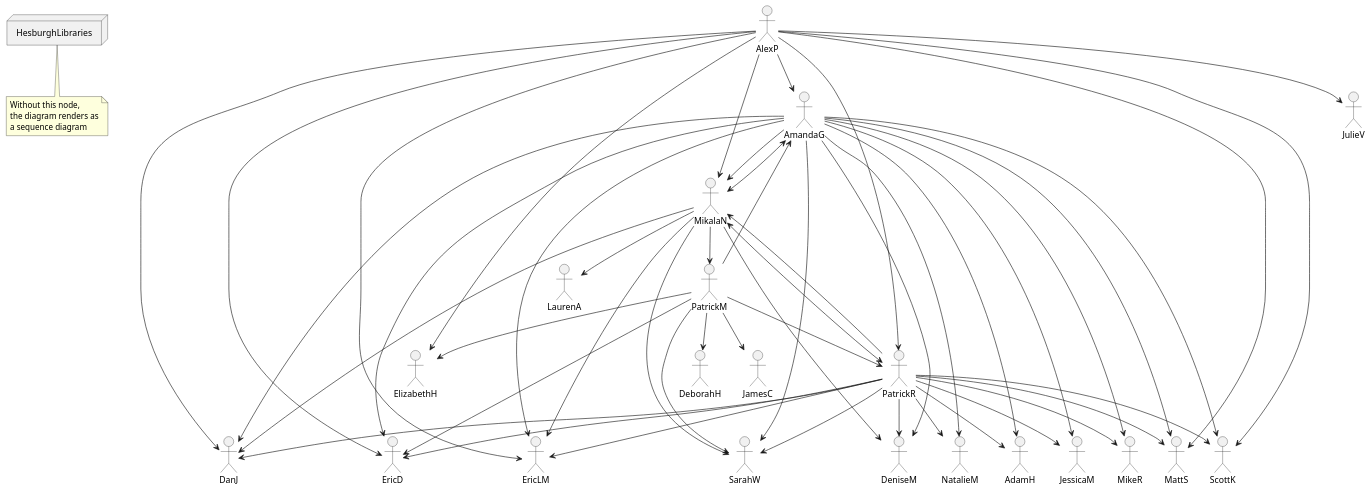
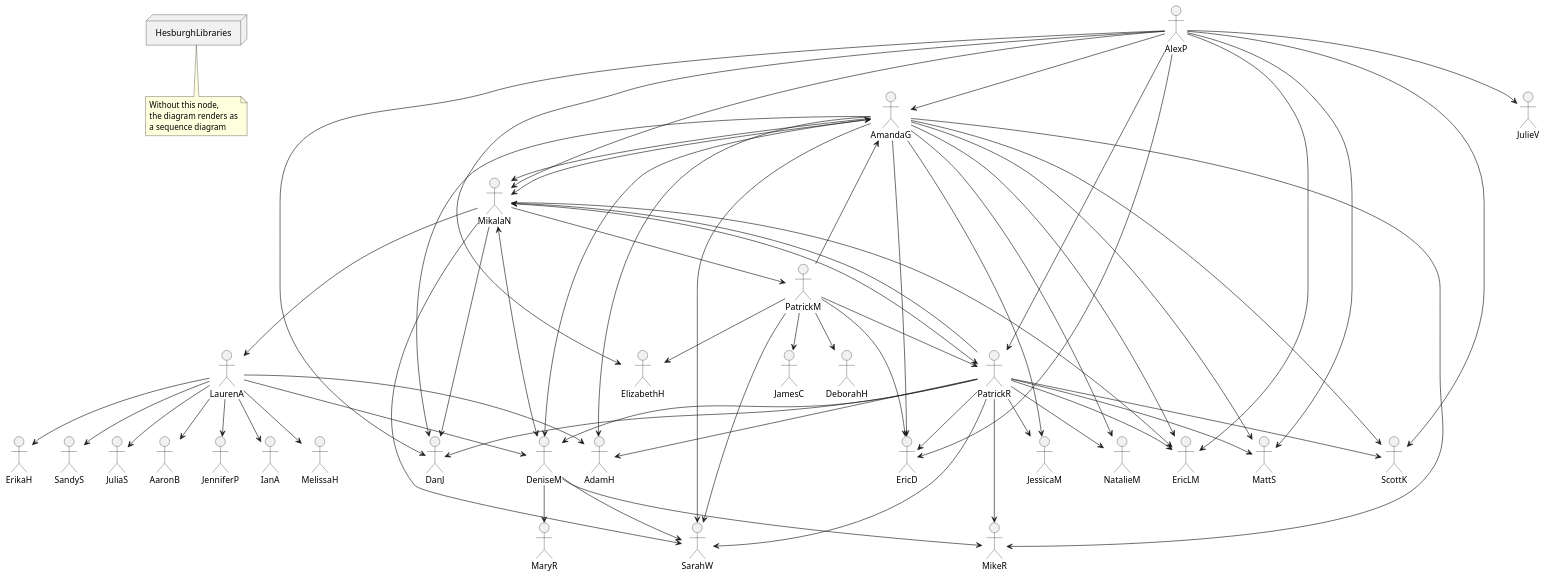
One commit to ndlib/dam-ecosystem-mapping changed the diagram in plantuml/people.puml. Above: the diagram before and after it, drawn with PlantUML.

Commit message:
Updating people diagrams

```diff
--- a/plantuml/people.puml
+++ b/plantuml/people.puml
@@ -3,74 +3,93 @@
 @startuml
 node HesburghLibraries
 note bottom of HesburghLibraries
   Without this node,
   the diagram renders as
   a sequence diagram
 end note
 
+actor AaronB
+actor AdamH
 actor AlexP
 actor AmandaG
 actor DanJ
 actor DeborahH
 actor DeniseM
 actor ElizabethH
 actor EricD
 actor EricLM
 actor JamesC
+actor JenniferP
 actor JulieV
+actor IanA
 actor LaurenA
+actor MelissaH
 actor MikalaN
 actor PatrickM
+actor ErikaH
 actor PatrickR
+actor SandyS
 actor SarahW
 
 AlexP --> AmandaG
 AlexP --> DanJ
 AlexP --> ElizabethH
 AlexP --> EricD
 AlexP --> EricLM
 AlexP --> JulieV
 AlexP --> MattS
 AlexP --> MikalaN
 AlexP --> PatrickR
 AlexP --> ScottK
 AmandaG --> AdamH
 AmandaG --> DanJ
-AmandaG --> DeniseM
+AmandaG <--> DeniseM
 AmandaG --> EricD
 AmandaG --> EricLM
 AmandaG --> JessicaM
 AmandaG --> MattS
 AmandaG --> MikalaN
 AmandaG --> MikeR
 AmandaG --> NatalieM
 AmandaG --> SarahW
 AmandaG --> ScottK
+DeniseM --> MaryR
+DeniseM --> MikeR
+DeniseM --> SarahW
+LaurenA --> AaronB
+LaurenA --> AdamH
+LaurenA --> DeniseM
+LaurenA --> JenniferP
+LaurenA --> JuliaS
+LaurenA --> ErikaH
+LaurenA --> MelissaH
+LaurenA --> IanA
+LaurenA --> SandyS
 MikalaN --> DanJ
-MikalaN --> DeniseM
+MikalaN <--> DeniseM
 MikalaN --> EricLM
 MikalaN --> LaurenA
 MikalaN --> PatrickM
 MikalaN --> SarahW
 MikalaN <--> AmandaG
 MikalaN <--> PatrickR
 PatrickM --> AmandaG
 PatrickM --> DeborahH
 PatrickM --> ElizabethH
 PatrickM --> EricD
 PatrickM --> JamesC
 PatrickM --> PatrickR
 PatrickM --> SarahW
 PatrickR --> AdamH
 PatrickR --> DanJ
 PatrickR --> DeniseM
 PatrickR --> EricD
 PatrickR --> EricLM
 PatrickR --> JessicaM
 PatrickR --> MattS
 PatrickR --> MikalaN
 PatrickR --> MikeR
 PatrickR --> NatalieM
 PatrickR --> SarahW
 PatrickR --> ScottK
 @enduml
```
